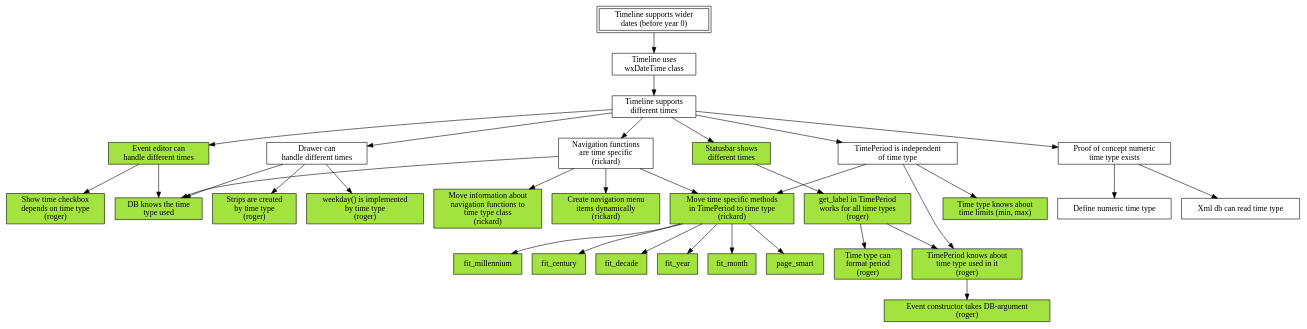
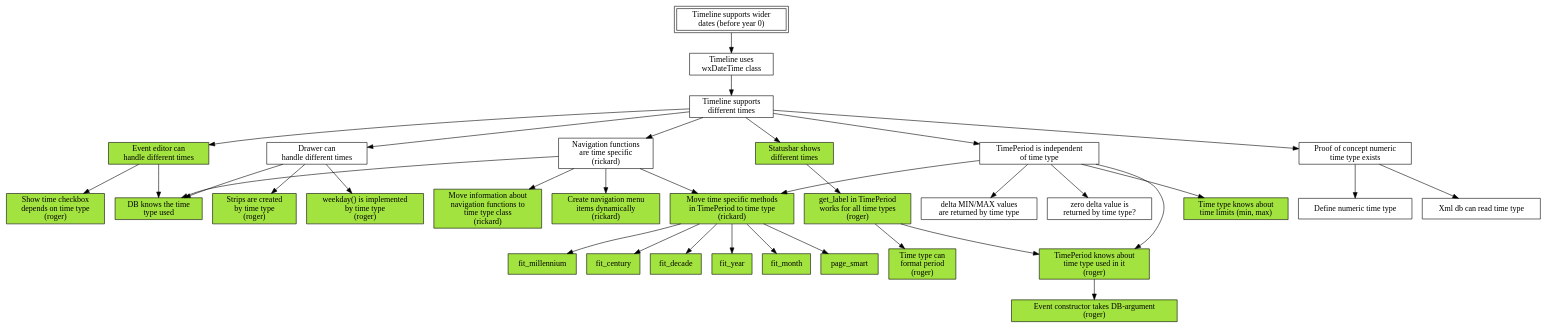
One commit to shutaozhenzhen/thetimelineproj changed the diagram in mikado.dot. Above: the diagram before and after it, drawn with Graphviz.

```diff
--- a/mikado.dot
+++ b/mikado.dot
@@ -1,105 +1,110 @@
 digraph mikado
 {
     node [shape=box];
 
     wider_dates [label="Timeline supports wider\ndates (before year 0)"];
     wider_dates [peripheries=2];
         wider_dates -> switch_to_wx_time;
 
     switch_to_wx_time [label="Timeline uses\nwxDateTime class"];
         switch_to_wx_time -> different_time;
 
     different_time [label="Timeline supports\ndifferent times "];
         different_time -> event_editor;
         different_time -> drawer;
         different_time -> navigation;
         different_time -> status_bar;
         different_time -> time_period_independent;
         different_time -> numeric_time_type;
 
     numeric_time_type [label="Proof of concept numeric\ntime type exists"];
         numeric_time_type -> define_numeric_time_type;
         numeric_time_type -> db_reads_time_type;
 
     time_period_independent [label="TimePeriod is independent\nof time type"];
         time_period_independent -> time_period_knows_type;
         time_period_independent -> time_period;
         time_period_independent -> time_limits_in_time_type;
+        time_period_independent -> min_max_zoom_delta_in_time_type;
+        time_period_independent -> zero_delta_created_by_time_type;
 
     event_editor [label="Event editor can\nhandle different times"];
     event_editor [style=filled,fillcolor="#A2E33F"];
         event_editor -> show_time;
         event_editor -> db_has_type_info;
 
     drawer [label="Drawer can\nhandle different times"];
         drawer -> db_has_type_info;
         drawer -> strips_in_time_type;
 	drawer -> weekday_in_time_type;
 	
     navigation [label="Navigation functions\nare time specific\n(rickard)"];
         navigation -> db_has_type_info;
         navigation -> move_nav_to_time_type;
         navigation -> create_menu_items_dynamically;
         navigation -> time_period;
 
     time_period [label="Move time specific methods\nin TimePeriod to time type\n(rickard)"];
     time_period [style=filled,fillcolor="#A2E33F"];
         time_period -> fit_millennium;
         time_period -> fit_century;
         time_period -> fit_decade;
         time_period -> fit_year;
         time_period -> fit_month;
         time_period -> page_smart;
 
     status_bar [label="Statusbar shows\ndifferent times"];
     status_bar [style=filled,fillcolor="#A2E33F"];
         status_bar -> get_label;
         get_label -> time_period_knows_type;
 
     get_label [label="get_label in TimePeriod\nworks for all time types\n(roger)"];
     get_label [style=filled,fillcolor="#A2E33F"];
         get_label -> type_format;
 
     time_period_knows_type [label="TimePeriod knows about\ntime type used in it\n(roger)"];
     time_period_knows_type [style=filled,fillcolor="#A2E33F"];
 	time_period_knows_type -> event_constructor;
 
     // Leaves
 
     define_numeric_time_type [label="Define numeric time type"];
 
     db_reads_time_type [label="Xml db can read time type"];
 
     show_time [label="Show time checkbox\ndepends on time type\n(roger)"];
     show_time [style=filled,fillcolor="#A2E33F"];
 
     db_has_type_info [label="DB knows the time\ntype used"];
     db_has_type_info [style=filled,fillcolor="#A2E33F"];
 
     move_nav_to_time_type [label="Move information about\nnavigation functions to\ntime type class\n(rickard)"];
     move_nav_to_time_type [style=filled,fillcolor="#A2E33F"];
 
     create_menu_items_dynamically [label="Create navigation menu\nitems dynamically\n(rickard)"];
     create_menu_items_dynamically [style=filled,fillcolor="#A2E33F"];
 
     type_format [label="Time type can\nformat period\n(roger)"];
     type_format [style=filled,fillcolor="#A2E33F"];
     
     event_constructor [label="Event constructor takes DB-argument\n(roger)"];
     event_constructor [style=filled,fillcolor="#A2E33F"];
 
     strips_in_time_type [label="Strips are created\nby time type\n(roger)"];
     strips_in_time_type [style=filled,fillcolor="#A2E33F"];
 
     time_limits_in_time_type [label="Time type knows about\ntime limits (min, max)"];
     time_limits_in_time_type [style=filled,fillcolor="#A2E33F"];
     
     weekday_in_time_type [label="weekday() is implemented\nby time type\n(roger)"]
     weekday_in_time_type [style=filled,fillcolor="#A2E33F"];
     fit_millennium [style=filled,fillcolor="#A2E33F"];
     fit_century [style=filled,fillcolor="#A2E33F"];
     fit_decade [style=filled,fillcolor="#A2E33F"];
     fit_year [style=filled,fillcolor="#A2E33F"];
     fit_month [style=filled,fillcolor="#A2E33F"];
     page_smart [style=filled,fillcolor="#A2E33F"];
+
+    min_max_zoom_delta_in_time_type [label="delta MIN/MAX values\nare returned by time type"];
+    zero_delta_created_by_time_type [label="zero delta value is\nreturned by time type?"];
 }
```
